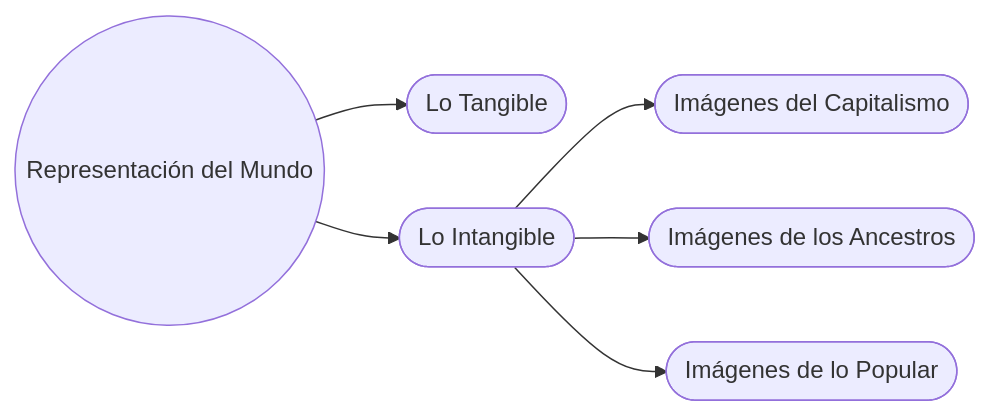
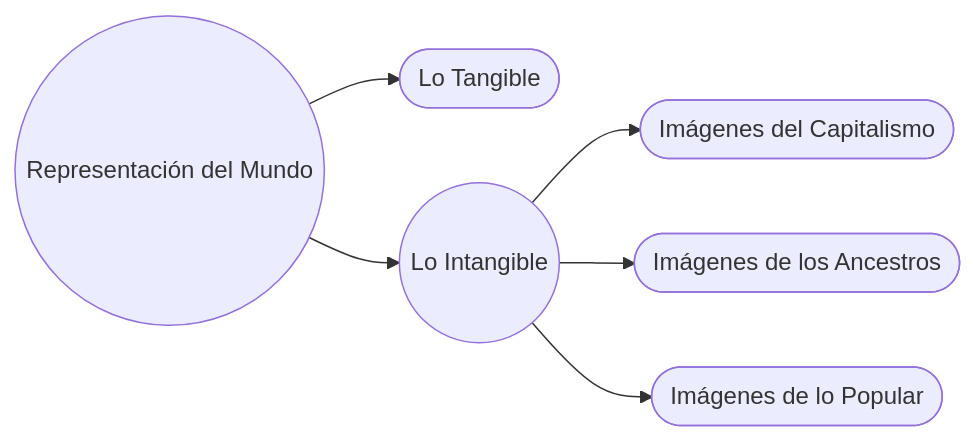
One commit to EGGS-Artesvisuales/EGGS-Artesvisuales.github.io changed the third of 3 diagrams in ES/mundo-exterior.md. Above: the diagram before and after it, drawn with Mermaid. The commit also changed other lines of this file, not shown here.

```diff
--- a/ES/mundo-exterior.md
+++ b/ES/mundo-exterior.md
@@ -113,20 +113,20 @@
 <div class="mermaid">
 flowchart LR
   representacion((Representación del Mundo))
   tangible(["Lo Tangible"])
-  intangible(["Lo Intangible"])
+  intangible(("Lo Intangible"))
 
   representacion --> tangible
   representacion --> intangible
 
   intangible --> capitalismo(["Imágenes del Capitalismo"])
   intangible --> ancestros(["Imágenes de los Ancestros"])
   intangible --> popular(["Imágenes de lo Popular"])
 
   click representacion "/ES/mundo-exterior.html" "Ir a Representación del Mundo"
   click tangible "/ES/tangible.html" "Ir a Lo Tangible"
   click intangible "/ES/intangible.html" "Ir a Lo Intangible"
   click capitalismo "/ES/imagenes-capitalismo.html" "Ir a Imágenes del Capitalismo"
   click ancestros "/ES/imagenes-ancestros.html" "Ir a Imágenes de los Ancestros"
   click popular "/ES/imagenes-popular.html" "Ir a Imágenes de lo Popular"
 </div>
```
